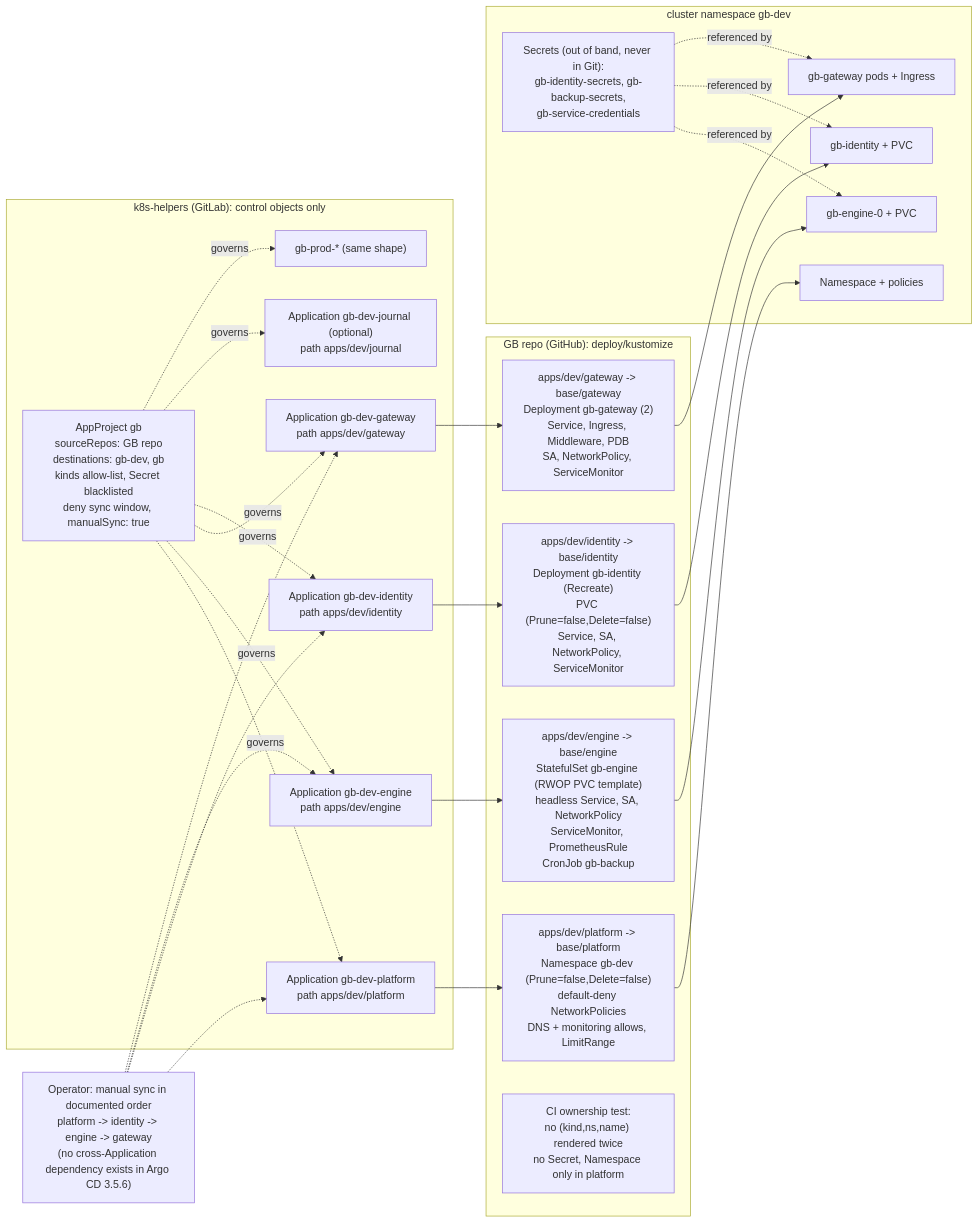
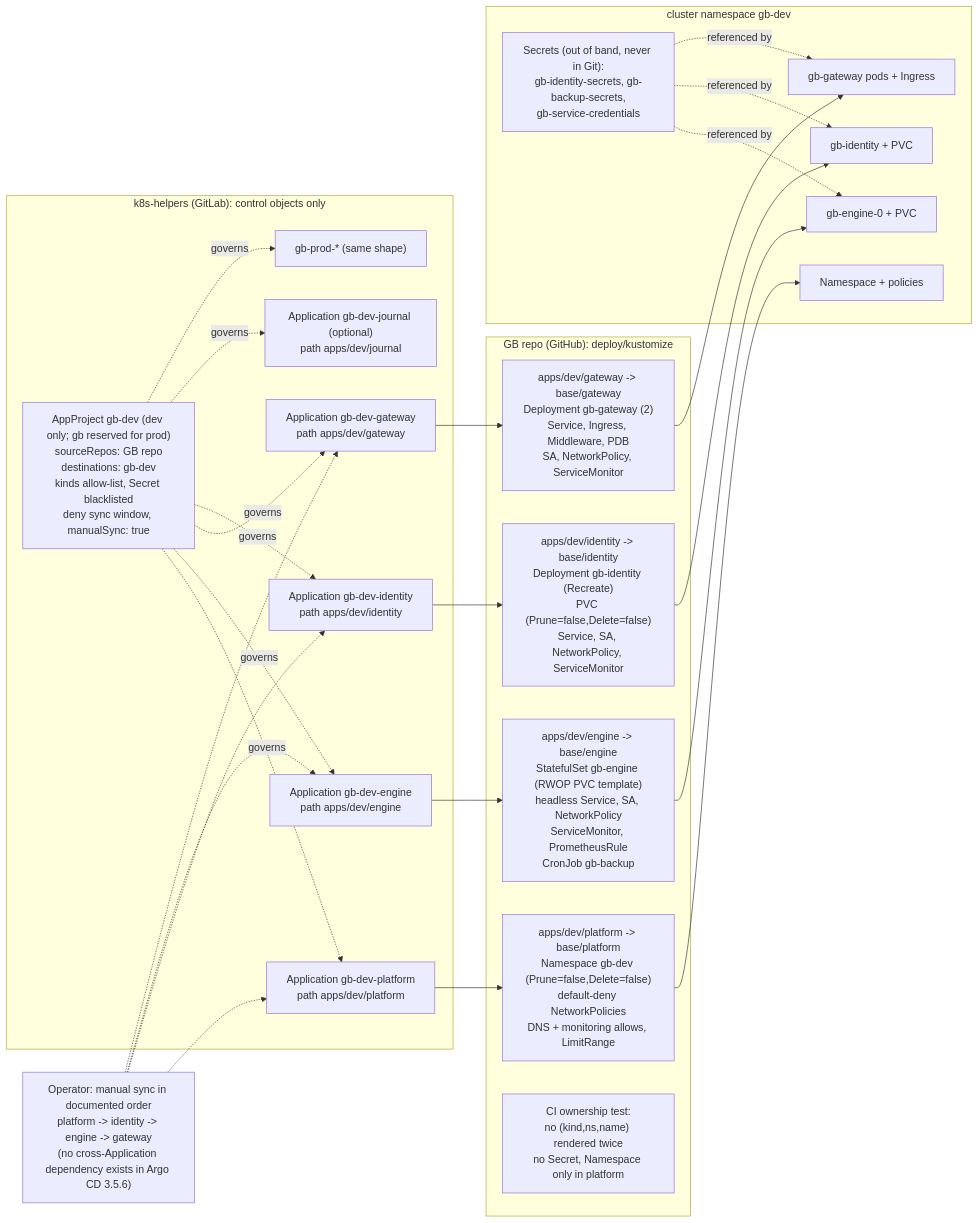
Before and after one commit to phreddrick/GB: the sixth of 8 diagrams in docs/architecture/microservices-migration-plan.md, drawn with Mermaid. The commit also changed other lines of this file and 5 other files, not shown here.

````diff
--- a/docs/architecture/microservices-migration-plan.md
+++ b/docs/architecture/microservices-migration-plan.md
@@ -1067,33 +1067,33 @@
 ```mermaid
 flowchart LR
   subgraph kh["k8s-helpers (GitLab): control objects only"]
-    PRJ["AppProject gb\nsourceRepos: GB repo\ndestinations: gb-dev, gb\nkinds allow-list, Secret blacklisted\ndeny sync window, manualSync: true"]
+    PRJ["AppProject gb-dev (dev only; gb reserved for prod)\nsourceRepos: GB repo\ndestinations: gb-dev\nkinds allow-list, Secret blacklisted\ndeny sync window, manualSync: true"]
     A0["Application gb-dev-platform\npath apps/dev/platform"]
     A1["Application gb-dev-engine\npath apps/dev/engine"]
     A2["Application gb-dev-gateway\npath apps/dev/gateway"]
     A3["Application gb-dev-identity\npath apps/dev/identity"]
     A4["Application gb-dev-journal (optional)\npath apps/dev/journal"]
     AP["gb-prod-* (same shape)"]
   end
   subgraph gb["GB repo (GitHub): deploy/kustomize"]
     B0["apps/dev/platform -> base/platform\nNamespace gb-dev (Prune=false,Delete=false)\ndefault-deny NetworkPolicies\nDNS + monitoring allows, LimitRange"]
     B1["apps/dev/engine -> base/engine\nStatefulSet gb-engine (RWOP PVC template)\nheadless Service, SA, NetworkPolicy\nServiceMonitor, PrometheusRule\nCronJob gb-backup"]
     B2["apps/dev/gateway -> base/gateway\nDeployment gb-gateway (2)\nService, Ingress, Middleware, PDB\nSA, NetworkPolicy, ServiceMonitor"]
     B3["apps/dev/identity -> base/identity\nDeployment gb-identity (Recreate)\nPVC (Prune=false,Delete=false)\nService, SA, NetworkPolicy, ServiceMonitor"]
     OWN["CI ownership test:\nno (kind,ns,name) rendered twice\nno Secret, Namespace only in platform"]
   end
   subgraph cluster["cluster namespace gb-dev"]
     NS["Namespace + policies"]
     ENG["gb-engine-0 + PVC"]
     GW["gb-gateway pods + Ingress"]
     IDS["gb-identity + PVC"]
     SEC["Secrets (out of band, never in Git):\ngb-identity-secrets, gb-backup-secrets,\ngb-service-credentials"]
   end
   A0 --> B0 --> NS
   A1 --> B1 --> ENG
   A2 --> B2 --> GW
   A3 --> B3 --> IDS
   PRJ -.governs.-> A0 & A1 & A2 & A3 & A4 & AP
   OP["Operator: manual sync in documented order\nplatform -> identity -> engine -> gateway\n(no cross-Application dependency exists in Argo CD 3.5.6)"] -.-> A0 & A3 & A1 & A2
   SEC -.referenced by.-> ENG & IDS & GW
 ```
````
